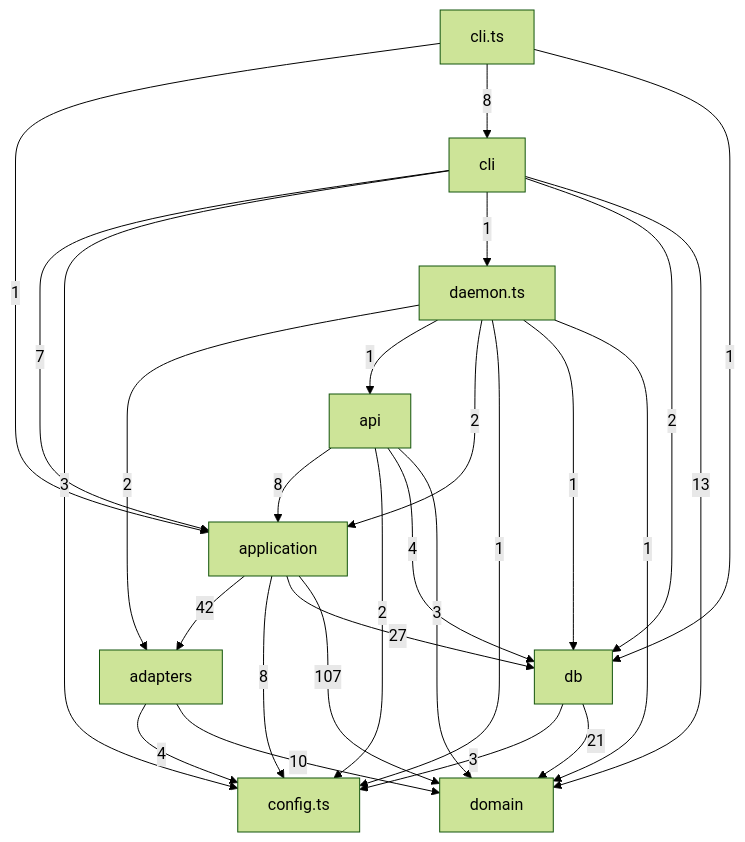
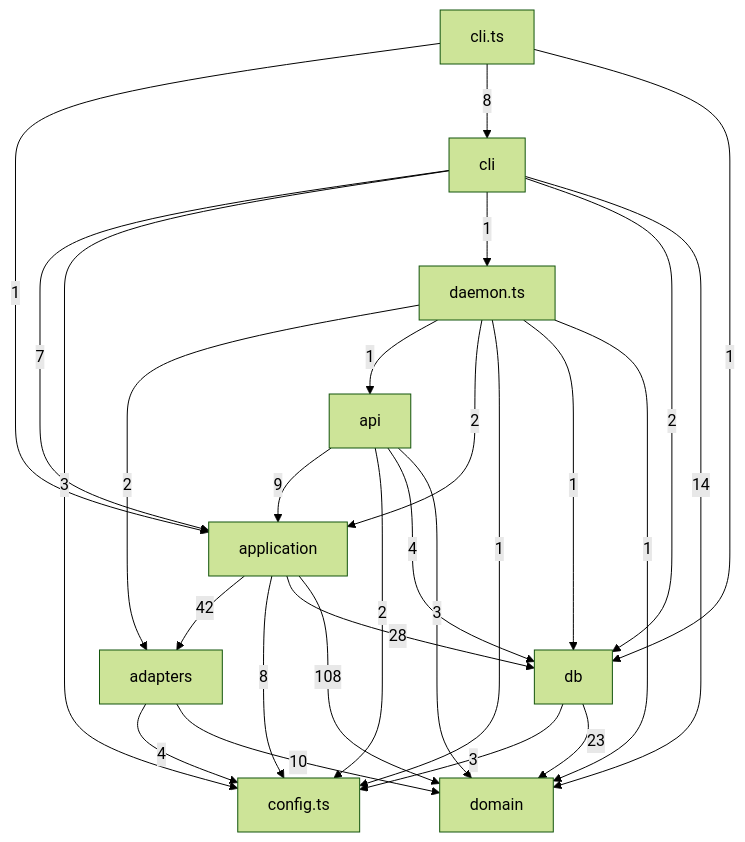
The third of 5 diagrams in docs/architecture.md (tomrobdev/agentdeck), drawn with Mermaid (forest theme) before and after one commit. The commit also changed other lines of this file and 17 other files, not shown here.

````diff
--- a/docs/architecture.md
+++ b/docs/architecture.md
@@ -101,38 +101,38 @@
 ```mermaid
 flowchart TD
   adapters["adapters"]
   api["api"]
   application["application"]
   cli["cli"]
   cli_ts["cli.ts"]
   config_ts["config.ts"]
   daemon_ts["daemon.ts"]
   db["db"]
   domain["domain"]
   adapters -->|4| config_ts
   adapters -->|10| domain
-  api -->|8| application
+  api -->|9| application
   api -->|2| config_ts
   api -->|4| db
   api -->|3| domain
   application -->|42| adapters
   application -->|8| config_ts
-  application -->|27| db
-  application -->|107| domain
+  application -->|28| db
+  application -->|108| domain
   cli_ts -->|1| application
   cli_ts -->|8| cli
   cli_ts -->|1| db
   cli -->|7| application
   cli -->|3| config_ts
   cli -->|1| daemon_ts
   cli -->|2| db
-  cli -->|13| domain
+  cli -->|14| domain
   daemon_ts -->|2| adapters
   daemon_ts -->|1| api
   daemon_ts -->|2| application
   daemon_ts -->|1| config_ts
   daemon_ts -->|1| db
   daemon_ts -->|1| domain
   db -->|3| config_ts
-  db -->|21| domain
+  db -->|23| domain
 ```
````
